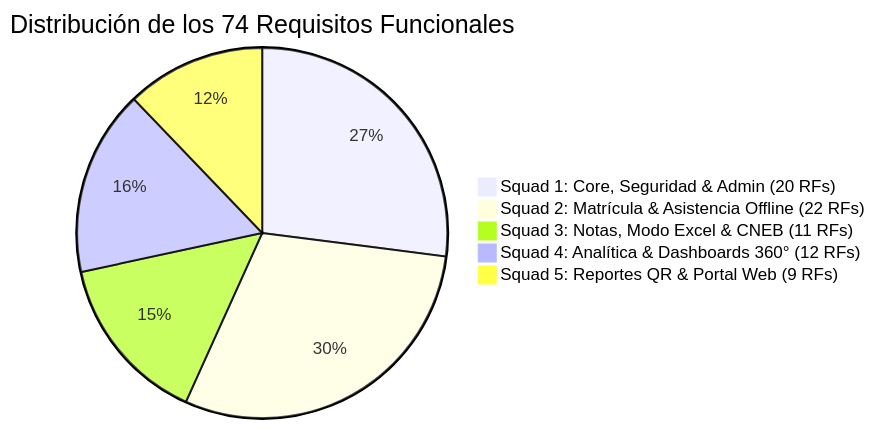
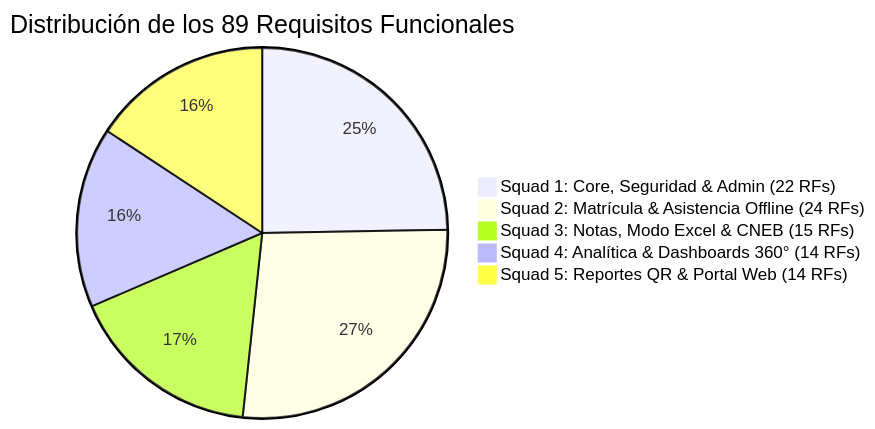
One commit to Eduardo-Sebastian-Paipay-Vega/school-management-system changed the second of 3 diagrams in D - Base 1 - 01092026/Fase 2/Arquitectura/arquitectura_sistema.md. Above: the diagram before and after it, drawn with Mermaid. The commit also changed other lines of this file and 126 other files, not shown here.

````diff
--- a/D - Base 1 - 01092026/Fase 2/Arquitectura/arquitectura_sistema.md
+++ b/D - Base 1 - 01092026/Fase 2/Arquitectura/arquitectura_sistema.md
@@ -68,8 +68,8 @@
 ```mermaid
-pie title Distribución de los 74 Requisitos Funcionales
-    "Squad 1: Core, Seguridad & Admin (20 RFs)" : 20
-    "Squad 2: Matrícula & Asistencia Offline (22 RFs)" : 22
-    "Squad 3: Notas, Modo Excel & CNEB (11 RFs)" : 11
-    "Squad 4: Analítica & Dashboards 360° (12 RFs)" : 12
-    "Squad 5: Reportes QR & Portal Web (9 RFs)" : 9
+pie title Distribución de los 89 Requisitos Funcionales
+    "Squad 1: Core, Seguridad & Admin (22 RFs)" : 22
+    "Squad 2: Matrícula & Asistencia Offline (24 RFs)" : 24
+    "Squad 3: Notas, Modo Excel & CNEB (15 RFs)" : 15
+    "Squad 4: Analítica & Dashboards 360° (14 RFs)" : 14
+    "Squad 5: Reportes QR & Portal Web (14 RFs)" : 14
 ```
````
